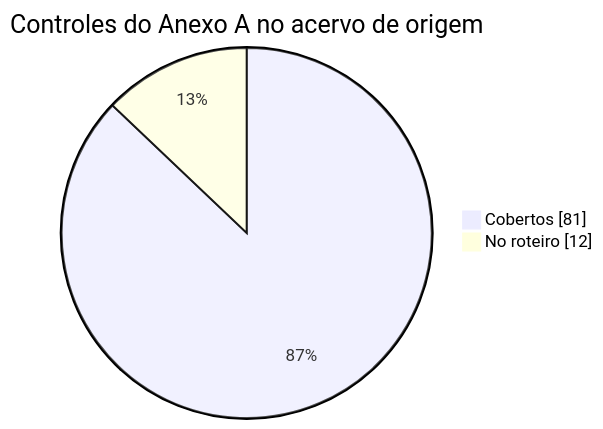
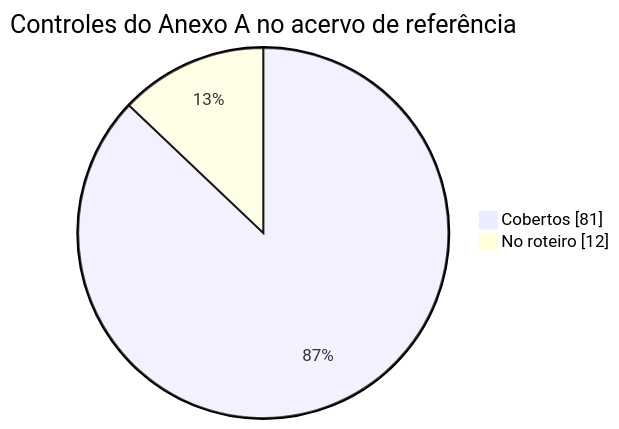
Before and after one commit to resper1965/esqueleto-governanca: the second of 2 diagrams in docs/normas.md, drawn with Mermaid. The commit also changed other lines of this file and 11 other files, not shown here.

````diff
--- a/docs/normas.md
+++ b/docs/normas.md
@@ -72,5 +69,5 @@
 ```mermaid
-pie showData title Controles do Anexo A no acervo de origem
+pie showData title Controles do Anexo A no acervo de referência
     "Cobertos" : 81
     "No roteiro" : 12
 ```
````
